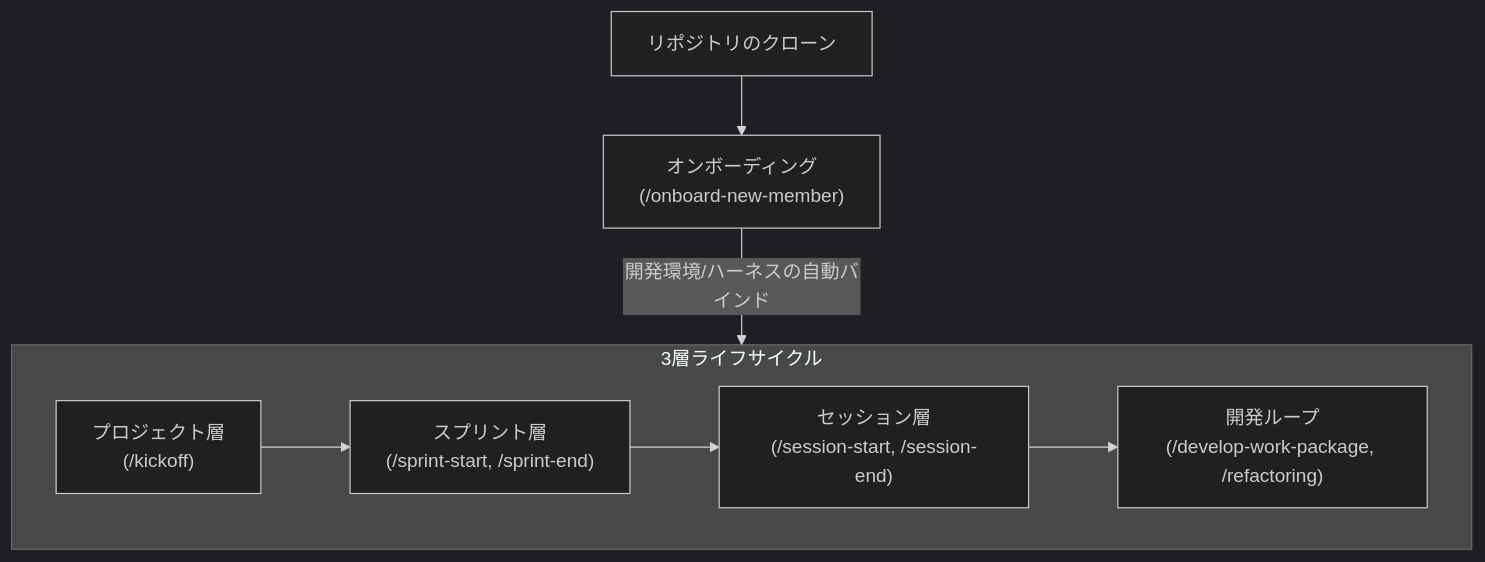
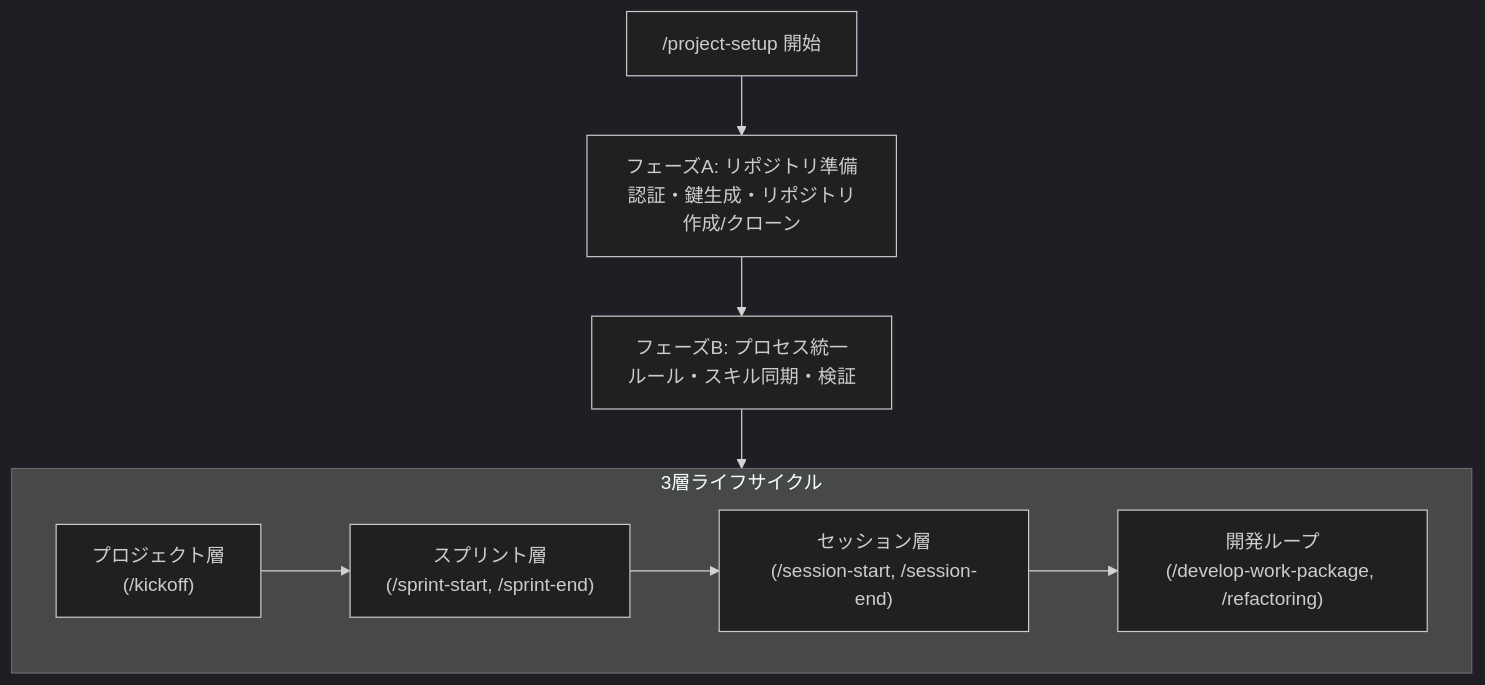
One commit to future-trajectory-official/global-harness-manager changed the diagram in README.md. Above: the diagram before and after it, drawn with Mermaid (dark theme). The commit also changed other lines of this file, not shown here.

First line of the commit message:
docs(readme): /project-setup ワークフロー対応のREADME更新 (WP_c)

````diff
--- a/README.md
+++ b/README.md
@@ -36,10 +37,11 @@
 ```mermaid
 flowchart TD
-    Clone["リポジトリのクローン"] --> Onboarding["オンボーディング\n(/onboard-new-member)"]
-    Onboarding -->|"開発環境/ハーネスの自動バインド"| Lifecycle["3層ライフサイクル"]
+    Start["/project-setup 開始"] --> PhaseA["フェーズA: リポジトリ準備\n認証・鍵生成・リポジトリ作成/クローン"]
+    PhaseA --> PhaseB["フェーズB: プロセス統一\nルール・スキル同期・検証"]
+    PhaseB --> Lifecycle["3層ライフサイクル"]
     subgraph Lifecycle ["3層ライフサイクル"]
         Project["プロジェクト層\n(/kickoff)"] --> Sprint["スプリント層\n(/sprint-start, /sprint-end)"]
         Sprint --> Session["セッション層\n(/session-start, /session-end)"]
         Session --> Dev["開発ループ\n(/develop-work-package, /refactoring)"]
     end
 ```
````
